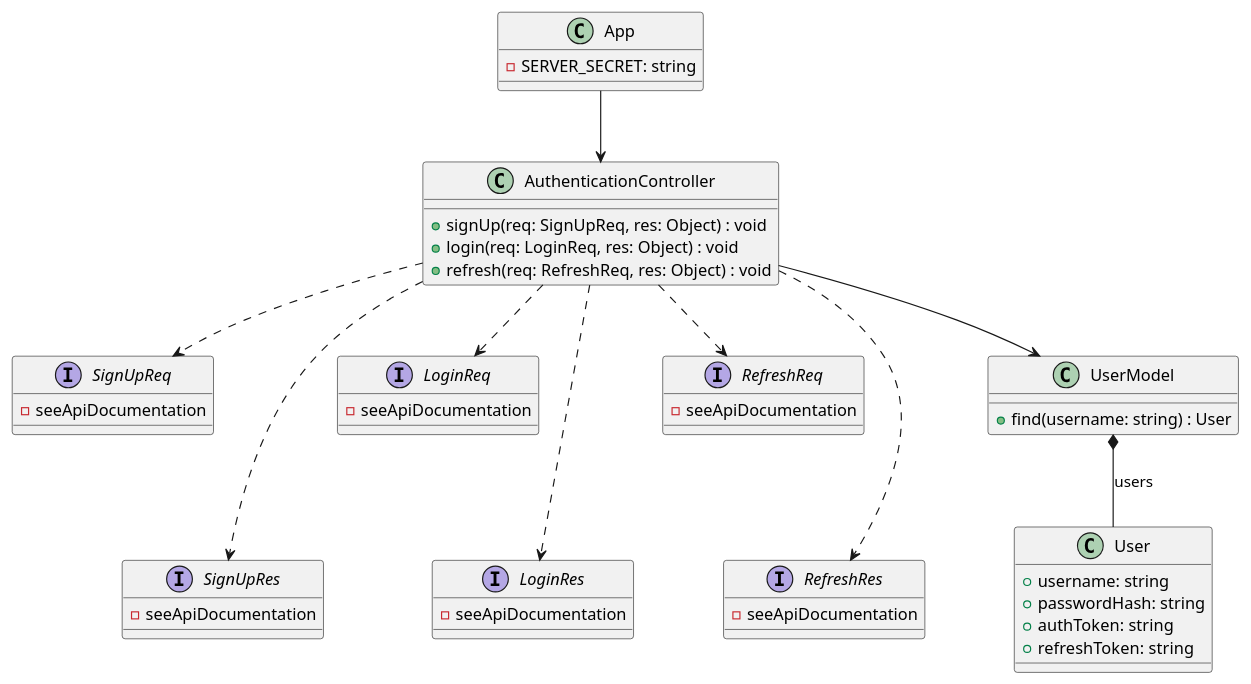
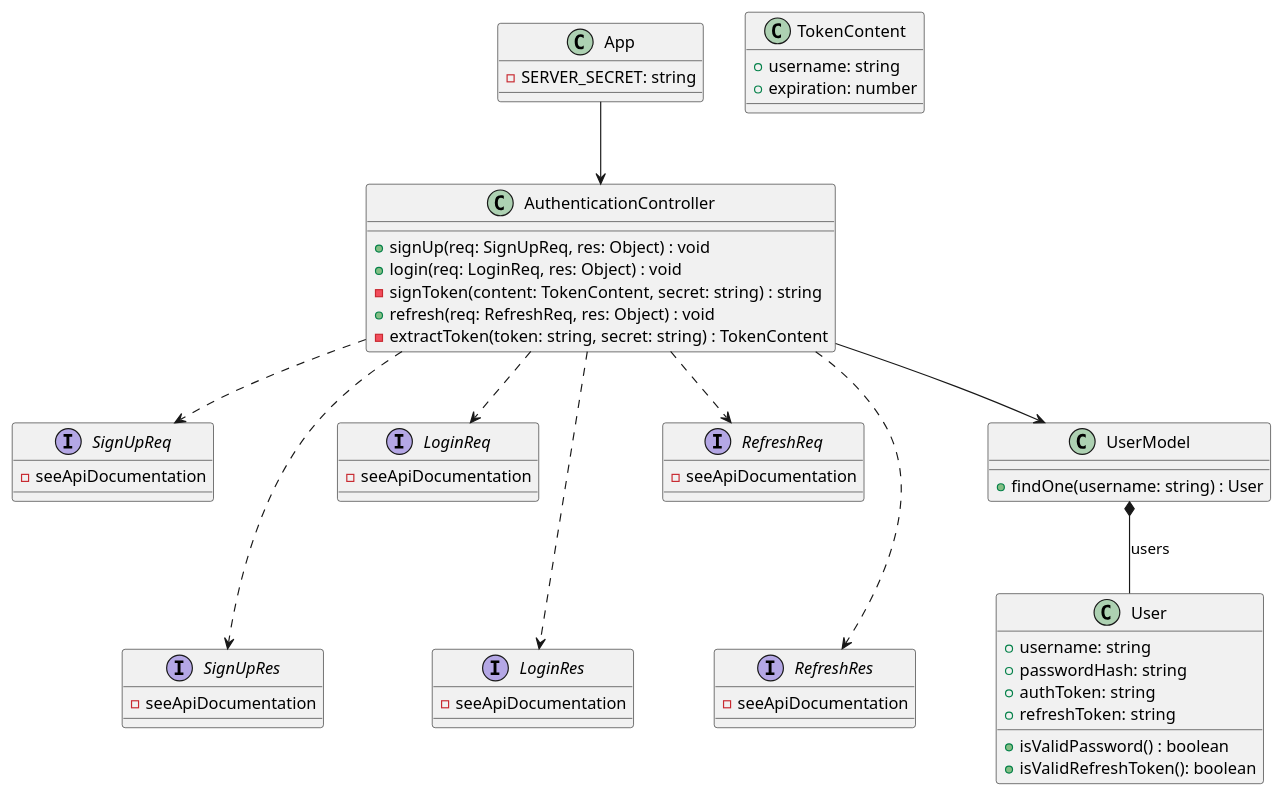
The diagram in Design/auth_class_diagram.pu (PSE-TECO-2020-TEAM1/e2e-ml_docs), drawn with PlantUML before and after one commit. The commit also changed 3 other files, not shown here.

```diff
--- a/Design/auth_class_diagram.pu
+++ b/Design/auth_class_diagram.pu
@@ -1,61 +1,70 @@
 @startuml ExpressAppAuth
 
 class App {
     -SERVER_SECRET: string
 }
 
+class TokenContent {
+    +username: string
+    +expiration: number
+}
+
 class AuthenticationController {
     +signUp(req: SignUpReq, res: Object) : void
     +login(req: LoginReq, res: Object) : void
+    -signToken(content: TokenContent, secret: string) : string
     +refresh(req: RefreshReq, res: Object) : void
+    -extractToken(token: string, secret: string) : TokenContent
 }
 
 interface SignUpReq {
     -seeApiDocumentation
 }
 interface SignUpRes {
     -seeApiDocumentation
 }
 SignUpReq -[hidden]-> SignUpRes
 
 interface LoginReq {
     -seeApiDocumentation
 }
 interface LoginRes {
     -seeApiDocumentation
 }
 LoginReq -[hidden]-> LoginRes
 
 interface RefreshReq {
     -seeApiDocumentation
 }
 interface RefreshRes {
     -seeApiDocumentation
 }
 RefreshReq -[hidden]-> RefreshRes
 
 AuthenticationController ..> SignUpReq
 AuthenticationController ..> SignUpRes
 AuthenticationController ..> LoginReq
 AuthenticationController ..> LoginRes
 AuthenticationController ..> RefreshReq
 AuthenticationController ..> RefreshRes
 
 App --> AuthenticationController
 
 class UserModel {
-    +find(username: string) : User
+    +findOne(username: string) : User
 }
 
 AuthenticationController --> UserModel
 
 class User {
     +username: string
     +passwordHash: string
     +authToken: string
     +refreshToken: string
+    +isValidPassword() : boolean
+    +isValidRefreshToken(): boolean
 }
 
 UserModel *-- User : users
 
 @enduml
```
